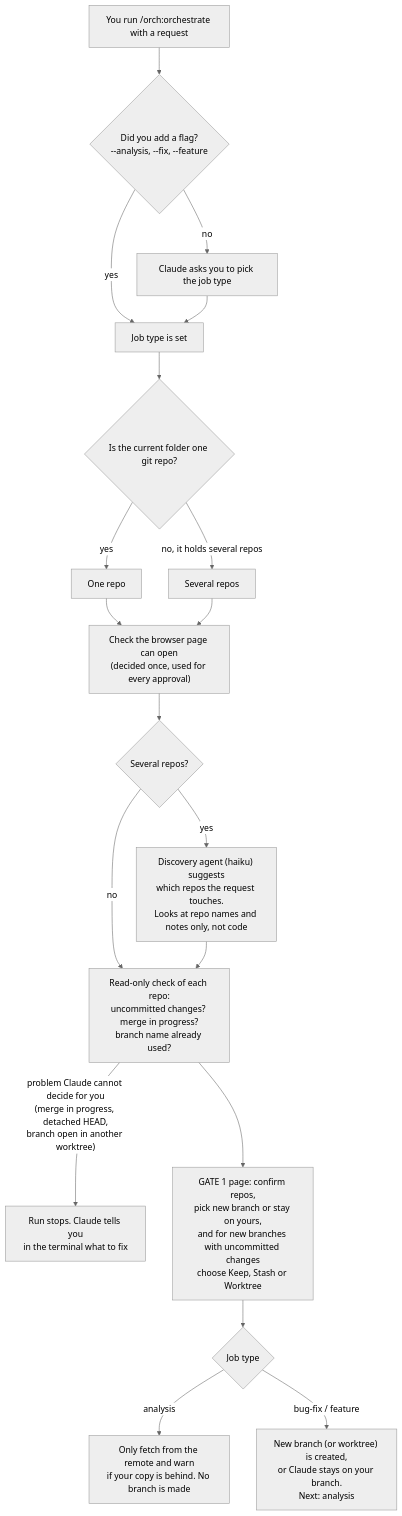
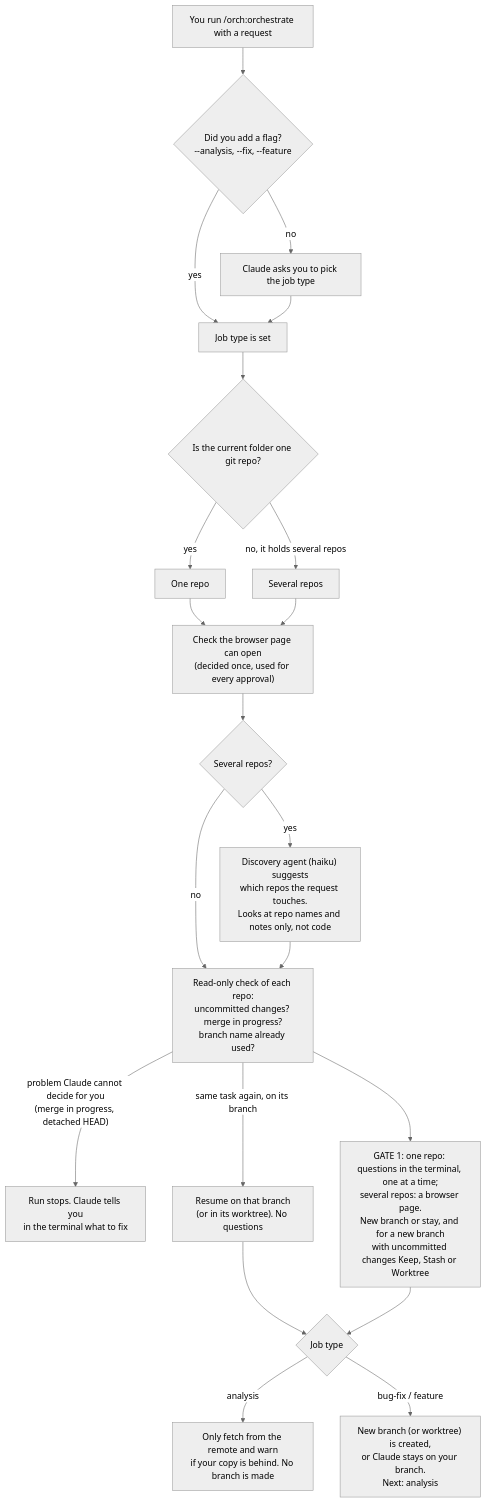
The first of 3 diagrams in README.md (jaison10/cross-repo-orchestrator), drawn with Mermaid (neutral theme) before and after one commit. The commit also changed other lines of this file and 15 other files, not shown here.

````diff
--- a/README.md
+++ b/README.md
@@ -70,21 +82,23 @@
 ```mermaid
 flowchart TD
     A["You run /orch:orchestrate with a request"] --> B{"Did you add a flag?<br/>--analysis, --fix, --feature"}
     B -- "yes" --> C["Job type is set"]
     B -- "no" --> D["Claude asks you to pick the job type"]
     D --> C
     C --> E{"Is the current folder one git repo?"}
     E -- "yes" --> F["One repo"]
     E -- "no, it holds several repos" --> G["Several repos"]
     F --> H["Check the browser page can open<br/>(decided once, used for every approval)"]
     G --> H
     H --> I{"Several repos?"}
     I -- "yes" --> J["Discovery agent (haiku) suggests<br/>which repos the request touches.<br/>Looks at repo names and notes only, not code"]
     I -- "no" --> K
     J --> K["Read-only check of each repo:<br/>uncommitted changes? merge in progress?<br/>branch name already used?"]
-    K -- "problem Claude cannot decide for you<br/>(merge in progress, detached HEAD,<br/>branch open in another worktree)" --> X["Run stops. Claude tells you<br/>in the terminal what to fix"]
-    K --> L["GATE 1 page: confirm repos,<br/>pick new branch or stay on yours,<br/>and for new branches with uncommitted changes<br/>choose Keep, Stash or Worktree"]
+    K -- "problem Claude cannot decide for you<br/>(merge in progress, detached HEAD)" --> X["Run stops. Claude tells you<br/>in the terminal what to fix"]
+    K --> L["GATE 1: one repo: questions in the terminal, one at a time;<br/>several repos: a browser page.<br/>New branch or stay, and for a new branch<br/>with uncommitted changes Keep, Stash or Worktree"]
+    K -- "same task again, on its branch" --> R["Resume on that branch<br/>(or in its worktree). No questions"]
+    R --> M
     L --> M{"Job type"}
     M -- "analysis" --> N["Only fetch from the remote and warn<br/>if your copy is behind. No branch is made"]
     M -- "bug-fix / feature" --> O["New branch (or worktree) is created,<br/>or Claude stays on your branch.<br/>Next: analysis"]
 ```
````
